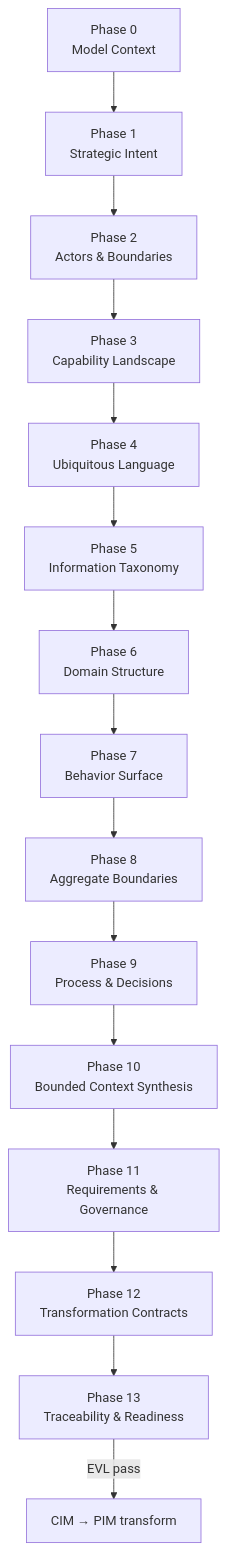
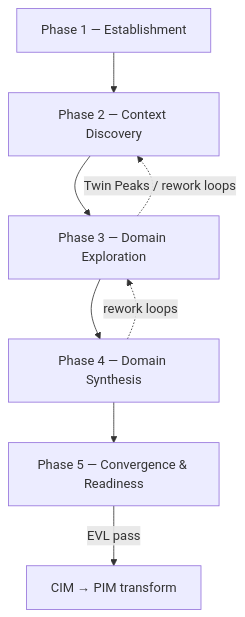
One commit to mehdieidi/modriss changed the diagram in docs/public-docs/docs/guides/cim-modeling-methodology.md. Above: the diagram before and after it, drawn with Mermaid. The commit also changed other lines of this file and 65 other files, not shown here.

````diff
--- a/docs/public-docs/docs/guides/cim-modeling-methodology.md
+++ b/docs/public-docs/docs/guides/cim-modeling-methodology.md
@@ -21,22 +44,13 @@
 ```mermaid
 flowchart TD
-  P0["Phase 0<br/>Model Context"]
-  P1["Phase 1<br/>Strategic Intent"]
-  P2["Phase 2<br/>Actors & Boundaries"]
-  P3["Phase 3<br/>Capability Landscape"]
-  P4["Phase 4<br/>Ubiquitous Language"]
-  P5["Phase 5<br/>Information Taxonomy"]
-  P6["Phase 6<br/>Domain Structure"]
-  P7["Phase 7<br/>Behavior Surface"]
-  P8["Phase 8<br/>Aggregate Boundaries"]
-  P9["Phase 9<br/>Process & Decisions"]
-  P10["Phase 10<br/>Bounded Context Synthesis"]
-  P11["Phase 11<br/>Requirements & Governance"]
-  P12["Phase 12<br/>Transformation Contracts"]
-  P13["Phase 13<br/>Traceability & Readiness"]
+  PH1["Phase 1 — Establishment"]
+  PH2["Phase 2 — Context Discovery"]
+  PH3["Phase 3 — Domain Exploration"]
+  PH4["Phase 4 — Domain Synthesis"]
+  PH5["Phase 5 — Convergence & Readiness"]
 
-  P0 --> P1 --> P2 --> P3 --> P4 --> P5
-  P5 --> P6 --> P7 --> P8 --> P9 --> P10
-  P10 --> P11 --> P12 --> P13
-  P13 -->|EVL pass| GATE["CIM → PIM transform"]
+  PH1 --> PH2 --> PH3 --> PH4 --> PH5
+  PH3 -.->|Twin Peaks / rework loops| PH2
+  PH4 -.->|rework loops| PH3
+  PH5 -->|EVL pass| GATE["CIM → PIM transform"]
 ```
````
